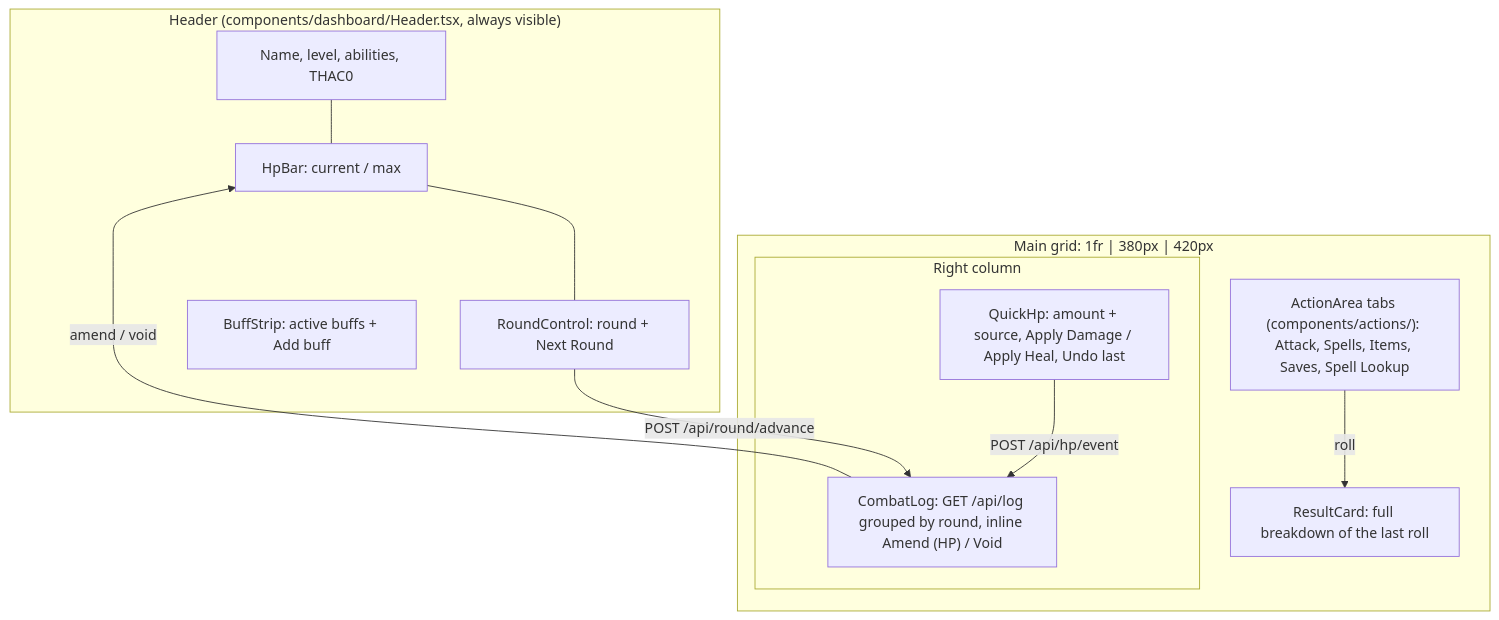
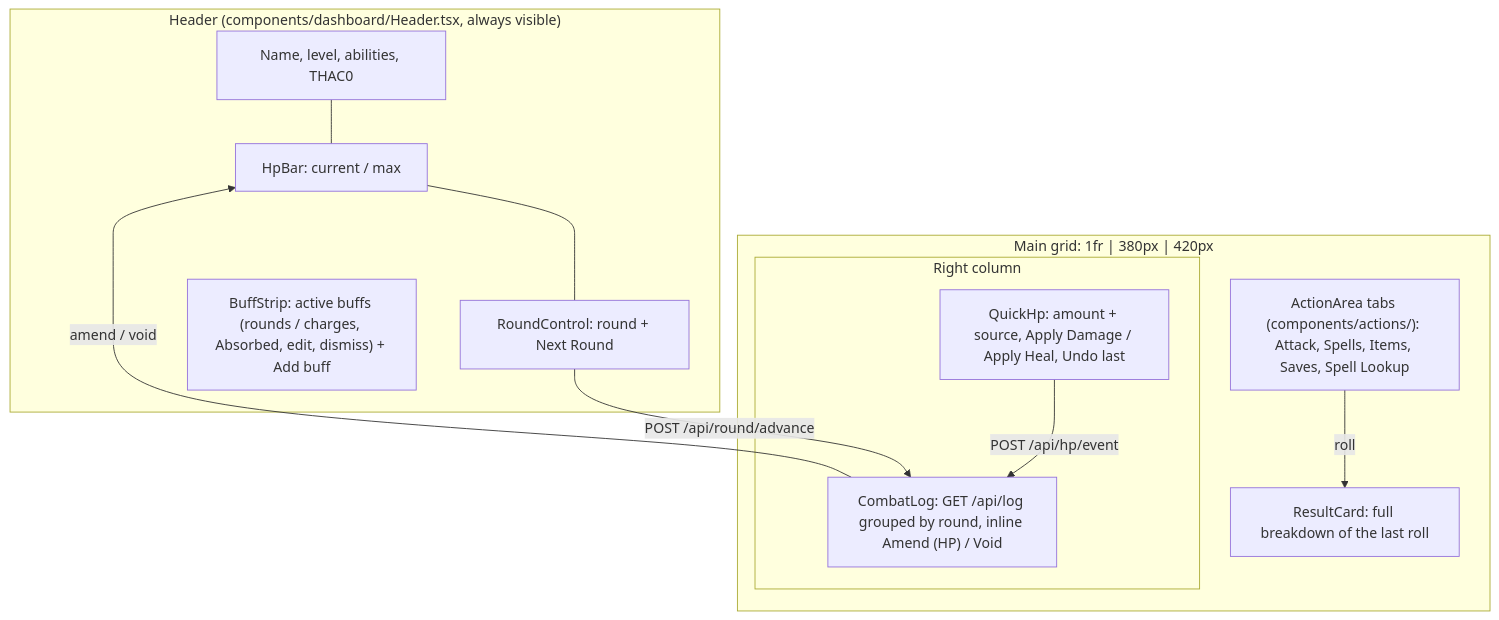
The diagram in docs/frontend.md (ceffo/critical), drawn with Mermaid before and after one commit. The commit also changed other lines of this file and 15 other files, not shown here.

First line of the commit message:
feat(web): buff strip with absorb/edit, effective STR, logged buff entries (critical-qki.8)

````diff
--- a/docs/frontend.md
+++ b/docs/frontend.md
@@ -33,19 +33,19 @@
 ```mermaid
 flowchart TD
   subgraph H["Header (components/dashboard/Header.tsx, always visible)"]
     ID["Name, level, abilities, THAC0"] --- HP["HpBar: current / max"] --- RC["RoundControl: round + Next Round"]
-    BS["BuffStrip: active buffs + Add buff"]
+    BS["BuffStrip: active buffs (rounds / charges, Absorbed, edit, dismiss) + Add buff"]
   end
   subgraph M["Main grid: 1fr | 380px | 420px"]
     AA["ActionArea tabs (components/actions/): Attack, Spells, Items, Saves, Spell Lookup"]
     RCARD["ResultCard: full breakdown of the last roll"]
     subgraph R["Right column"]
       QH["QuickHp: amount + source, Apply Damage / Apply Heal, Undo last"]
       CL["CombatLog: GET /api/log grouped by round, inline Amend (HP) / Void"]
     end
   end
   AA -->|roll| RCARD
   QH -->|POST /api/hp/event| CL
   CL -->|amend / void| HP
   RC -->|POST /api/round/advance| CL
 ```
````
